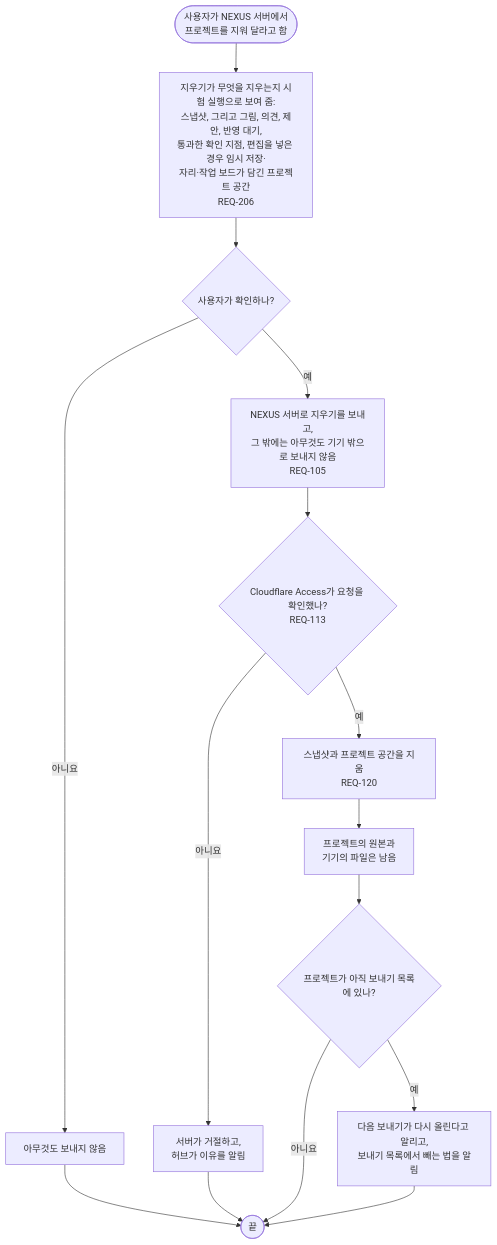
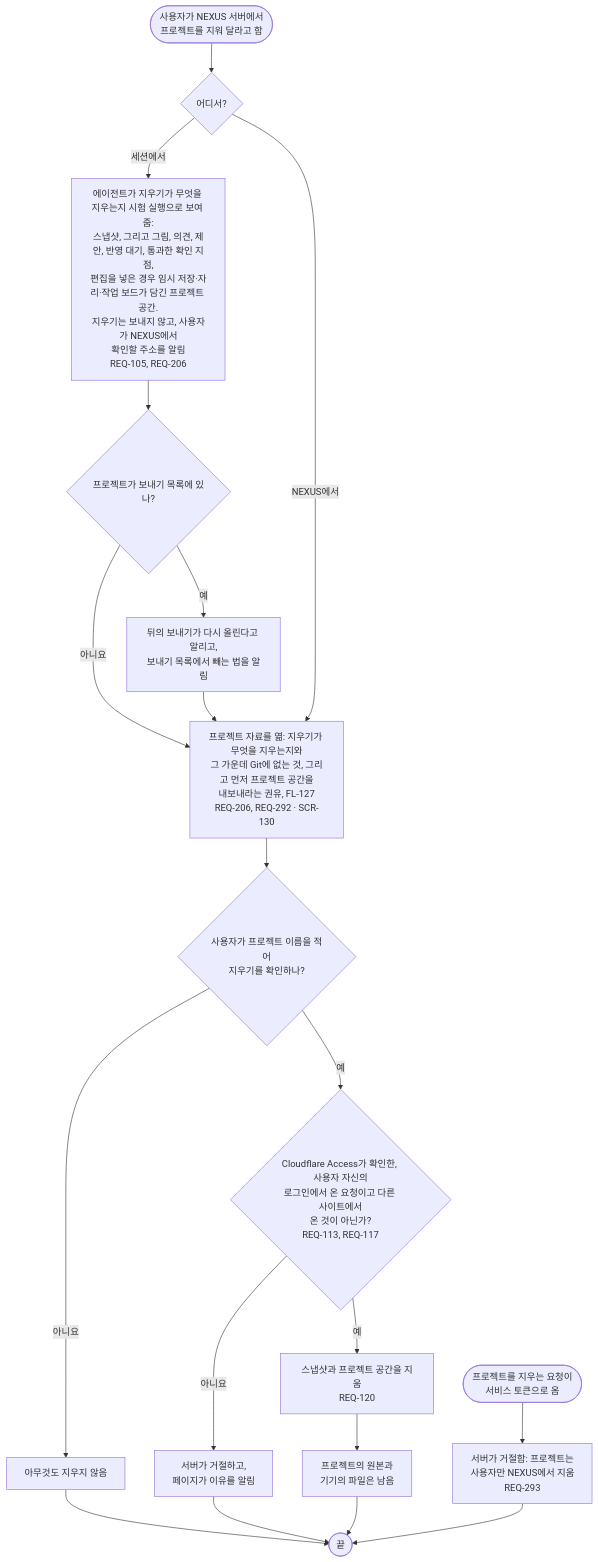
One commit to kodonghui/corthex-nexus changed the diagram in docs/03-user-flow/nexus/FL-114-remove-a-project.ko.md. Above: the diagram before and after it, drawn with Mermaid. The commit also changed other lines of this file and 43 other files, not shown here.

````diff
--- a/docs/03-user-flow/nexus/FL-114-remove-a-project.ko.md
+++ b/docs/03-user-flow/nexus/FL-114-remove-a-project.ko.md
@@ -9,17 +9,21 @@
 ```mermaid
 flowchart TD
-  A(["사용자가 NEXUS 서버에서<br/>프로젝트를 지워 달라고 함"]) --> B["지우기가 무엇을 지우는지 시험 실행으로 보여 줌:<br/>스냅샷, 그리고 그림, 의견, 제안, 반영 대기,<br/>통과한 확인 지점, 편집을 넣은 경우 임시 저장·<br/>자리·작업 보드가 담긴 프로젝트 공간<br/>REQ-206"]
-  B --> C{"사용자가 확인하나?"}
-  C -->|아니요| C1["아무것도 보내지 않음"]
-  C1 --> Z(["끝"])
-  C -->|예| D["NEXUS 서버로 지우기를 보내고,<br/>그 밖에는 아무것도 기기 밖으로 보내지 않음<br/>REQ-105"]
-  D --> E{"Cloudflare Access가 요청을 확인했나?<br/>REQ-113"}
-  E -->|아니요| E1["서버가 거절하고,<br/>허브가 이유를 알림"]
+  A(["사용자가 NEXUS 서버에서<br/>프로젝트를 지워 달라고 함"]) --> B{"어디서?"}
+  B -->|세션에서| B1["에이전트가 지우기가 무엇을 지우는지 시험 실행으로 보여 줌:<br/>스냅샷, 그리고 그림, 의견, 제안, 반영 대기, 통과한 확인 지점,<br/>편집을 넣은 경우 임시 저장·자리·작업 보드가 담긴 프로젝트 공간.<br/>지우기는 보내지 않고, 사용자가 NEXUS에서<br/>확인할 주소를 알림<br/>REQ-105, REQ-206"]
+  B1 --> B2{"프로젝트가 보내기 목록에 있나?"}
+  B2 -->|예| B3["뒤의 보내기가 다시 올린다고 알리고,<br/>보내기 목록에서 빼는 법을 알림"]
+  B2 -->|아니요| C
+  B3 --> C
+  B -->|NEXUS에서| C["프로젝트 자료를 엶: 지우기가 무엇을 지우는지와<br/>그 가운데 Git에 없는 것, 그리고 먼저 프로젝트 공간을<br/>내보내라는 권유, FL-127<br/>REQ-206, REQ-292 · SCR-130"]
+  C --> D{"사용자가 프로젝트 이름을 적어<br/>지우기를 확인하나?"}
+  D -->|아니요| D1["아무것도 지우지 않음"]
+  D1 --> Z(["끝"])
+  D -->|예| E{"Cloudflare Access가 확인한, 사용자 자신의<br/>로그인에서 온 요청이고 다른 사이트에서<br/>온 것이 아닌가?<br/>REQ-113, REQ-117"}
+  E -->|아니요| E1["서버가 거절하고,<br/>페이지가 이유를 알림"]
   E1 --> Z
   E -->|예| F["스냅샷과 프로젝트 공간을 지움<br/>REQ-120"]
   F --> G["프로젝트의 원본과<br/>기기의 파일은 남음"]
-  G --> H{"프로젝트가 아직 보내기 목록에 있나?"}
-  H -->|예| H1["다음 보내기가 다시 올린다고 알리고,<br/>보내기 목록에서 빼는 법을 알림"]
-  H -->|아니요| Z
-  H1 --> Z
+  G --> Z
+  X(["프로젝트를 지우는 요청이<br/>서비스 토큰으로 옴"]) --> X1["서버가 거절함: 프로젝트는<br/>사용자만 NEXUS에서 지움<br/>REQ-293"]
+  X1 --> Z
 ```
````
